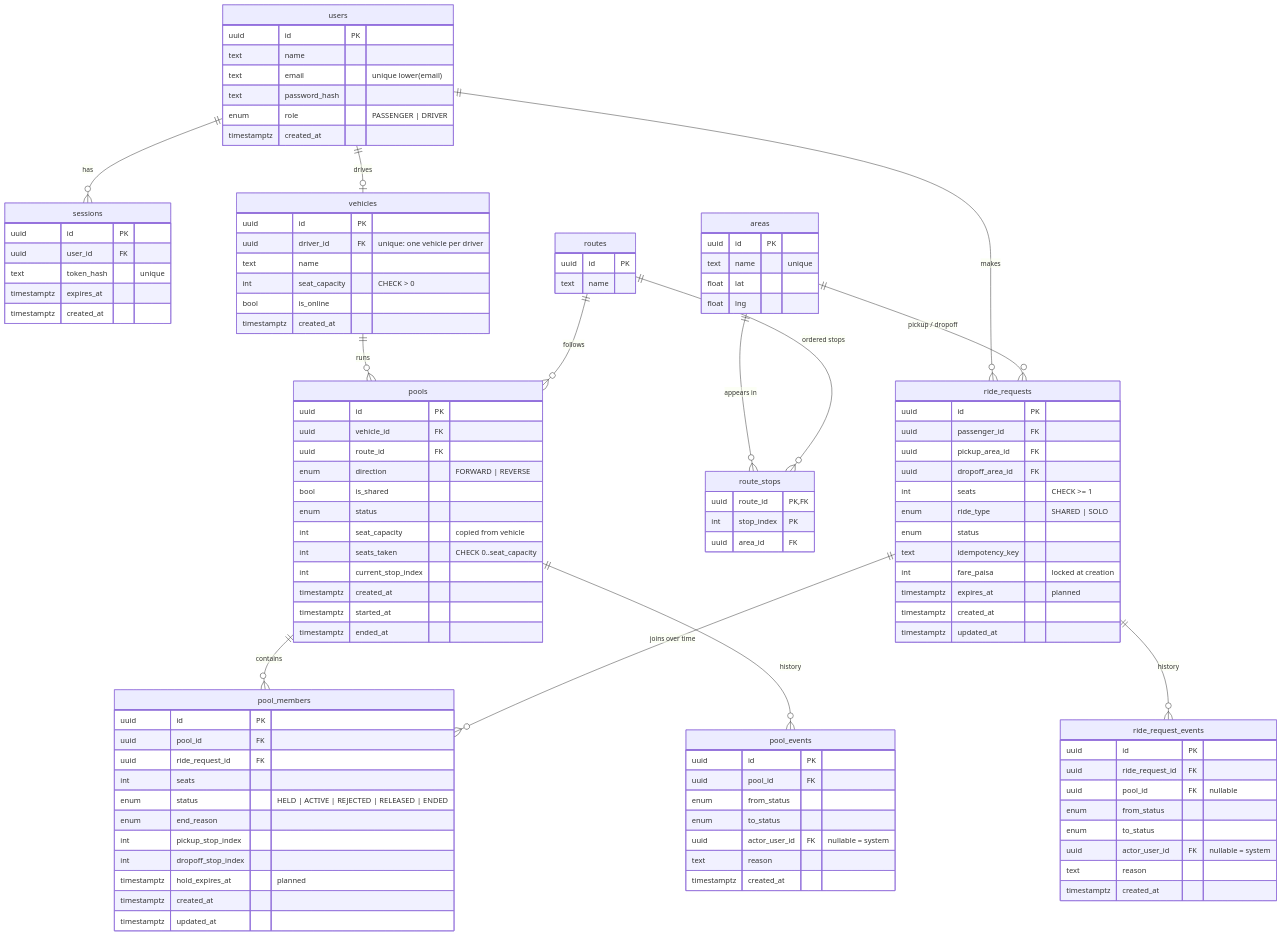
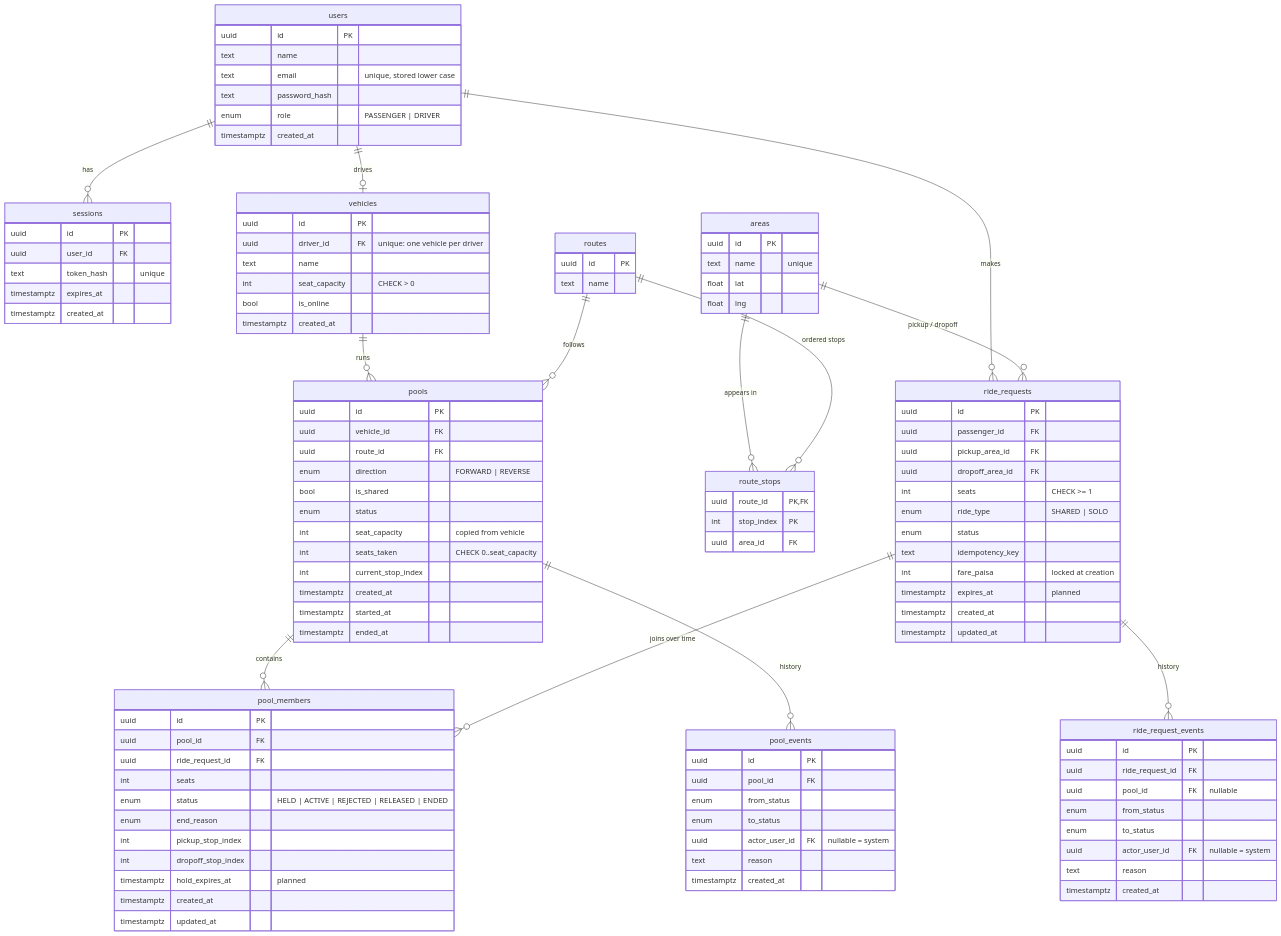
The diagram in docs/erd.md (istiak133/Tesla), drawn with Mermaid before and after one commit. The commit also changed other lines of this file and 1 other file, not shown here.

Commit message:
docs(auth): document auth endpoints, demo credentials and email rule

```diff
--- a/docs/erd.md
+++ b/docs/erd.md
@@ -21,7 +21,7 @@
     users {
         uuid id PK
         text name
-        text email "unique lower(email)"
+        text email "unique, stored lower case"
         text password_hash
         enum role "PASSENGER | DRIVER"
         timestamptz created_at
```
